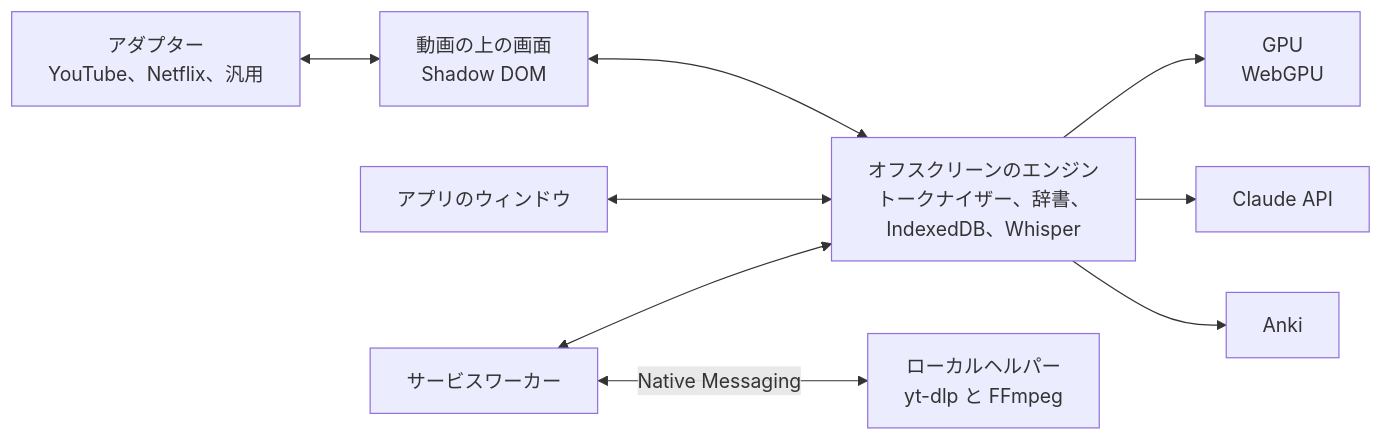
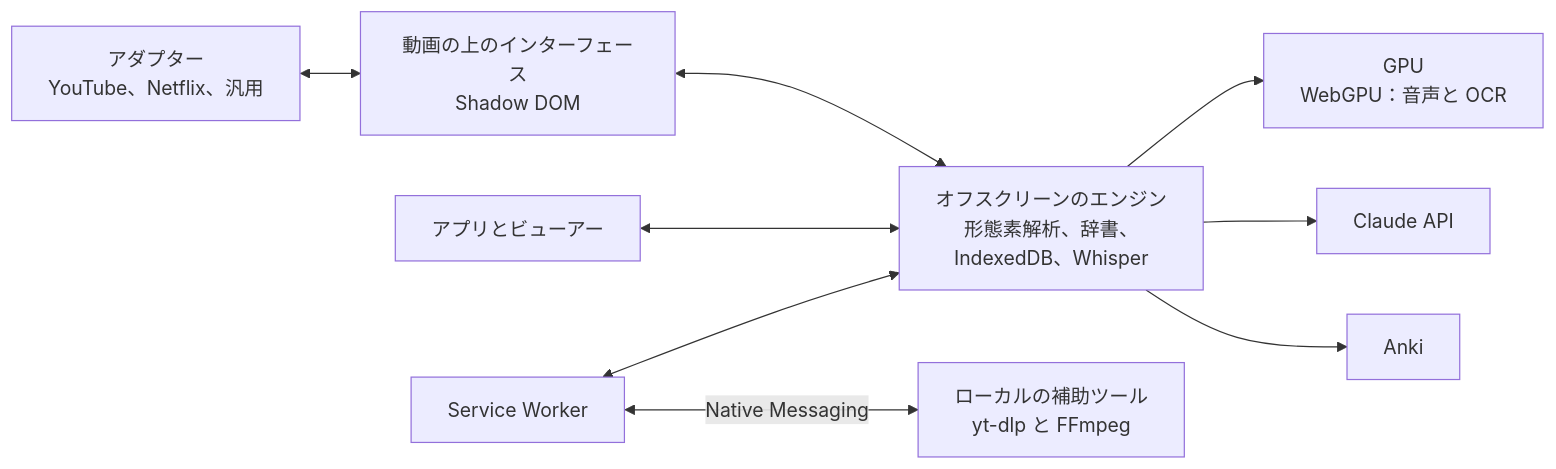
One commit to Eliam4510/kotonoha changed the second of 2 diagrams in README.ja.md. Above: the diagram before and after it, drawn with Mermaid. The commit also changed other lines of this file and 90 other files, not shown here.

````diff
--- a/README.ja.md
+++ b/README.ja.md
@@ -225,11 +158,11 @@
 ```mermaid
 flowchart LR
-  P["アダプター<br/>YouTube、Netflix、汎用"] <--> C["動画の上の画面<br/>Shadow DOM"]
-  C <--> M["オフスクリーンのエンジン<br/>トークナイザー、辞書、<br/>IndexedDB、Whisper"]
-  A["アプリのウィンドウ"] <--> M
-  M --> G["GPU<br/>WebGPU"]
+  P["アダプター<br/>YouTube、Netflix、汎用"] <--> C["動画の上のインターフェース<br/>Shadow DOM"]
+  C <--> M["オフスクリーンのエンジン<br/>形態素解析、辞書、<br/>IndexedDB、Whisper"]
+  A["アプリとビューアー"] <--> M
+  M --> G["GPU<br/>WebGPU：音声と OCR"]
   M --> CL["Claude API"]
   M --> AN["Anki"]
-  S["サービスワーカー"] <--> M
-  S <-->|Native Messaging| H["ローカルヘルパー<br/>yt-dlp と FFmpeg"]
+  S["Service Worker"] <--> M
+  S <-->|Native Messaging| H["ローカルの補助ツール<br/>yt-dlp と FFmpeg"]
 ```
````
